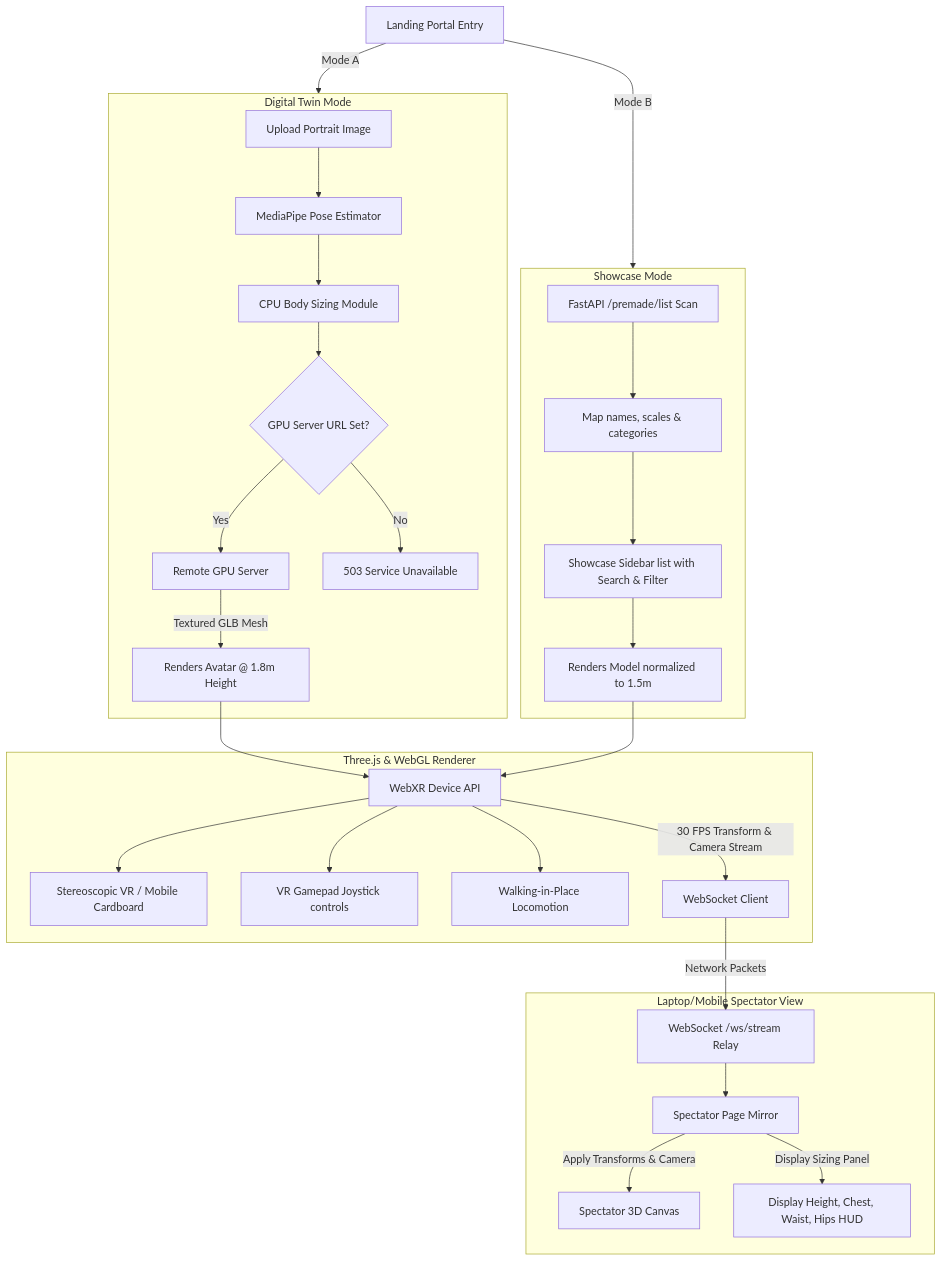
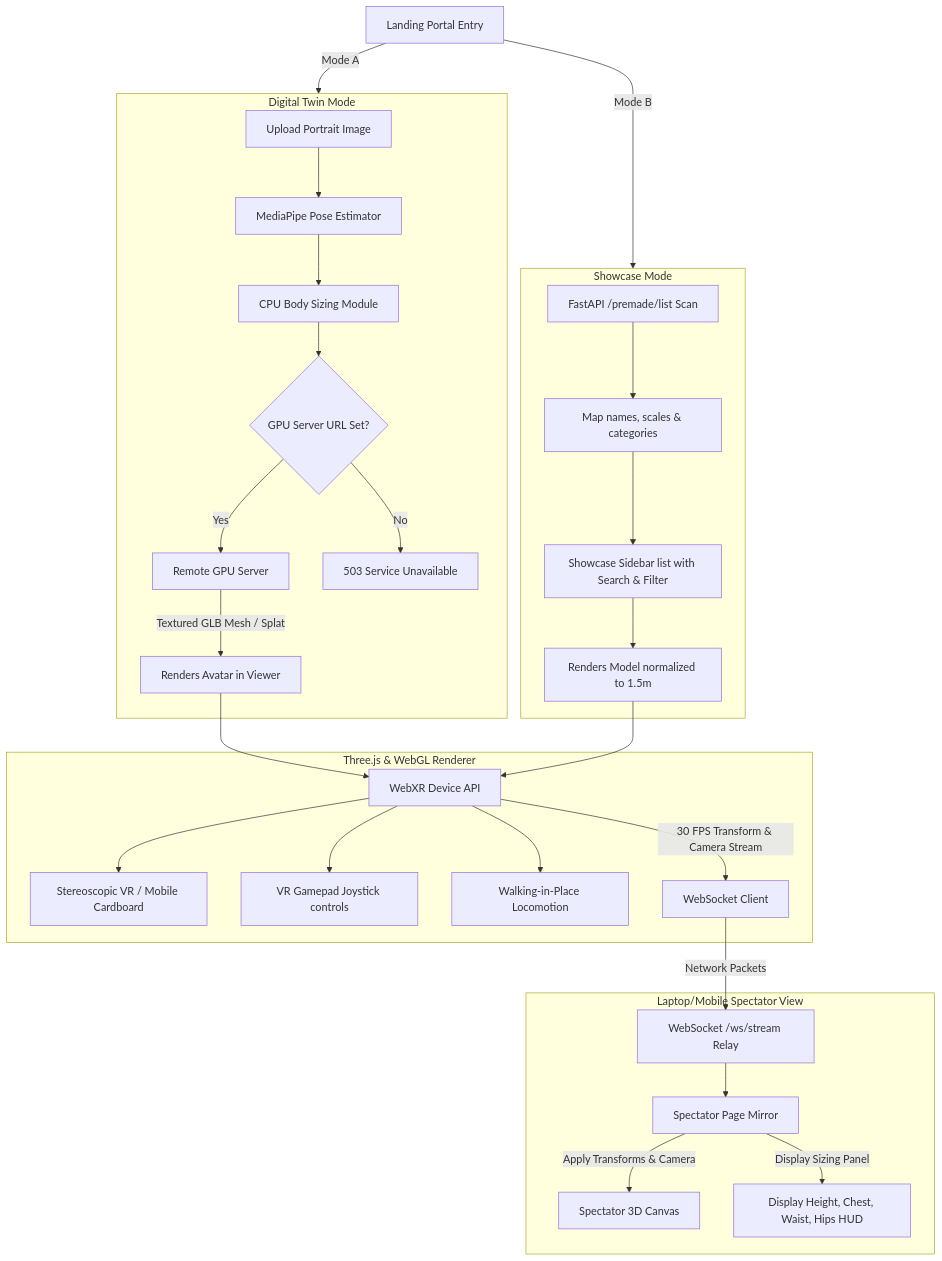
The first of 3 diagrams in README.md (anantj09/VR-TryOn-Studio), drawn with Mermaid before and after one commit. The commit also changed other lines of this file, not shown here.

````diff
--- a/README.md
+++ b/README.md
@@ -19,36 +64,36 @@
 ```mermaid
 graph TD
     Portal[Landing Portal Entry] -->|Mode A| TwinMode[Digital Twin Creator]
     Portal -->|Mode B| ShowcaseMode[Premade Showcase Catalog]
 
     subgraph TwinMode [Digital Twin Mode]
         Upload[Upload Portrait Image] --> Pose[MediaPipe Pose Estimator]
         Pose --> Sizing[CPU Body Sizing Module]
         Sizing --> Router{GPU Server URL Set?}
         Router -->|Yes| GPUServer[Remote GPU Server]
         Router -->|No| ErrorState[503 Service Unavailable]
-        GPUServer -->|Textured GLB Mesh| RenderTwin[Renders Avatar @ 1.8m Height]
+        GPUServer -->|Textured GLB Mesh / Splat| RenderTwin[Renders Avatar in Viewer]
     end
 
     subgraph ShowcaseMode [Showcase Mode]
         List[FastAPI /premade/list Scan] --> DynamicMapping[Map names, scales & categories]
         DynamicMapping --> UIList[Showcase Sidebar list with Search & Filter]
         UIList --> RenderAsset[Renders Model normalized to 1.5m]
     end
 
     subgraph Viewport [Three.js & WebGL Renderer]
         RenderTwin --> WebXR[WebXR Device API]
         RenderAsset --> WebXR
         WebXR --> Stereo[Stereoscopic VR / Mobile Cardboard]
         WebXR --> Gamepad[VR Gamepad Joystick controls]
         WebXR --> WIP[Walking-in-Place Locomotion]
         WebXR -->|30 FPS Transform & Camera Stream| WS[WebSocket Client]
     end
 
     subgraph SpectatorConsole [Laptop/Mobile Spectator View]
         WSRelay[WebSocket /ws/stream Relay] --> SpecClient[Spectator Page Mirror]
         WS -->|Network Packets| WSRelay
         SpecClient -->|Apply Transforms & Camera| SpecCanvas[Spectator 3D Canvas]
         SpecClient -->|Display Sizing Panel| SpecHUD[Display Height, Chest, Waist, Hips HUD]
     end
 ```
````
